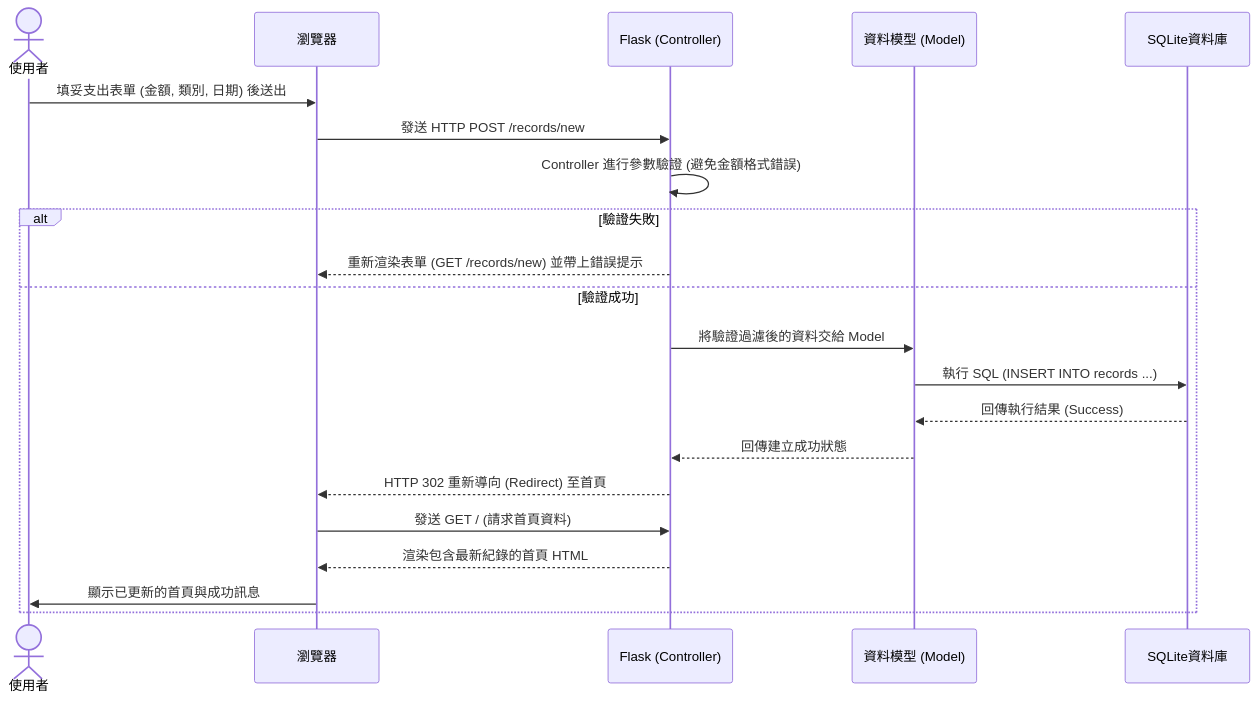
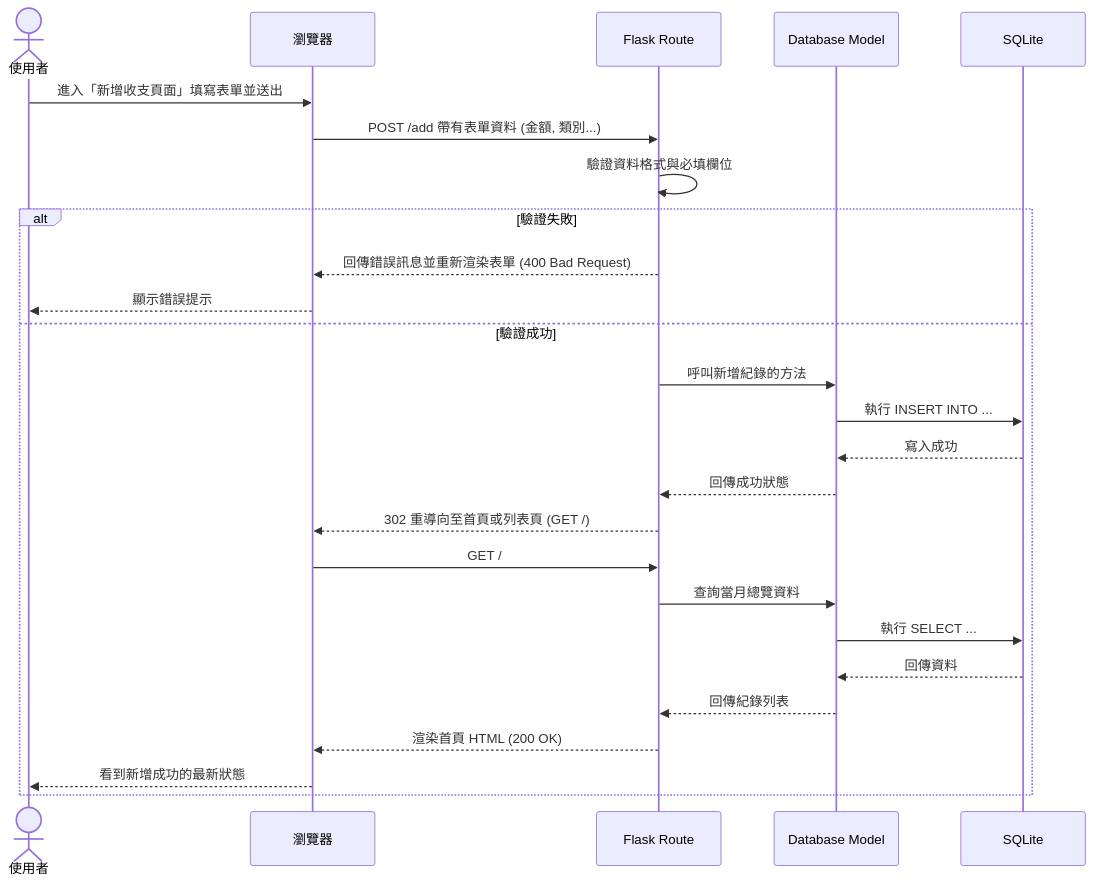
Before and after one commit to D1445480/web_app_development: the second of 2 diagrams in docs/FLOWCHART.md, drawn with Mermaid. The commit also changed other lines of this file, not shown here.

Commit message:
docs: add user flowchart

````diff
--- a/docs/FLOWCHART.md
+++ b/docs/FLOWCHART.md
@@ -35,25 +37,29 @@
 ```mermaid
 sequenceDiagram
     actor User as 使用者
     participant Browser as 瀏覽器
-    participant Flask as Flask (Controller)
-    participant Model as 資料模型 (Model)
-    participant DB as SQLite資料庫
+    participant Route as Flask Route
+    participant Model as Database Model
+    participant DB as SQLite
     
-    User->>Browser: 填妥支出表單 (金額, 類別, 日期) 後送出
-    Browser->>Flask: 發送 HTTP POST /records/new
-    Flask->>Flask: Controller 進行參數驗證 (避免金額格式錯誤)
-    
+    User->>Browser: 進入「新增收支頁面」填寫表單並送出
+    Browser->>Route: POST /add 帶有表單資料 (金額, 類別...)
+    Route->>Route: 驗證資料格式與必填欄位
     alt 驗證失敗
-        Flask-->>Browser: 重新渲染表單 (GET /records/new) 並帶上錯誤提示
+        Route-->>Browser: 回傳錯誤訊息並重新渲染表單 (400 Bad Request)
+        Browser-->>User: 顯示錯誤提示
     else 驗證成功
-        Flask->>Model: 將驗證過濾後的資料交給 Model
-        Model->>DB: 執行 SQL (INSERT INTO records ...)
-        DB-->>Model: 回傳執行結果 (Success)
-        Model-->>Flask: 回傳建立成功狀態
-        Flask-->>Browser: HTTP 302 重新導向 (Redirect) 至首頁
-        Browser->>Flask: 發送 GET / (請求首頁資料)
-        Flask-->>Browser: 渲染包含最新紀錄的首頁 HTML
-        Browser->>User: 顯示已更新的首頁與成功訊息
+        Route->>Model: 呼叫新增紀錄的方法
+        Model->>DB: 執行 INSERT INTO ...
+        DB-->>Model: 寫入成功
+        Model-->>Route: 回傳成功狀態
+        Route-->>Browser: 302 重導向至首頁或列表頁 (GET /)
+        Browser->>Route: GET /
+        Route->>Model: 查詢當月總覽資料
+        Model->>DB: 執行 SELECT ...
+        DB-->>Model: 回傳資料
+        Model-->>Route: 回傳紀錄列表
+        Route-->>Browser: 渲染首頁 HTML (200 OK)
+        Browser-->>User: 看到新增成功的最新狀態
     end
 ```
````
